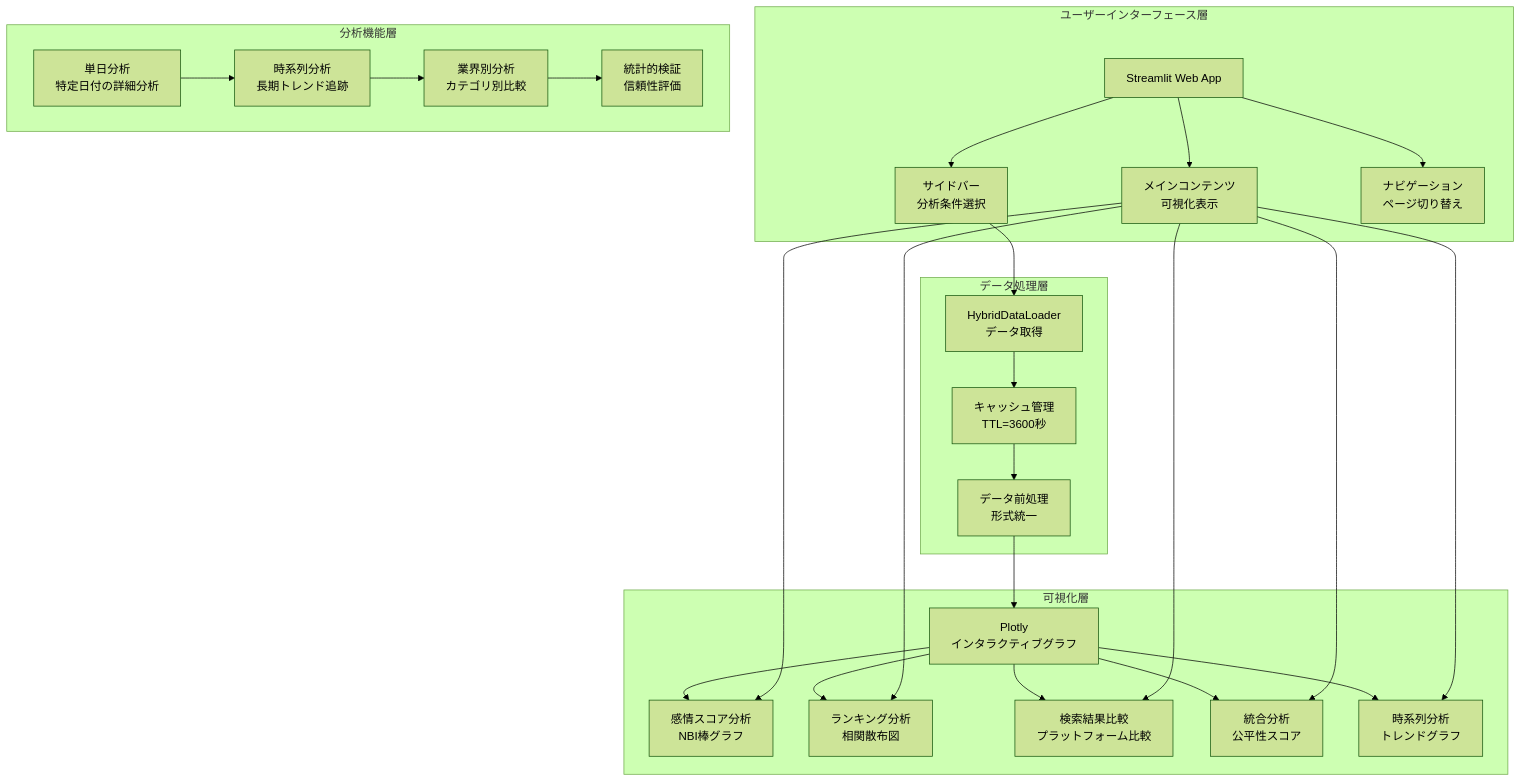
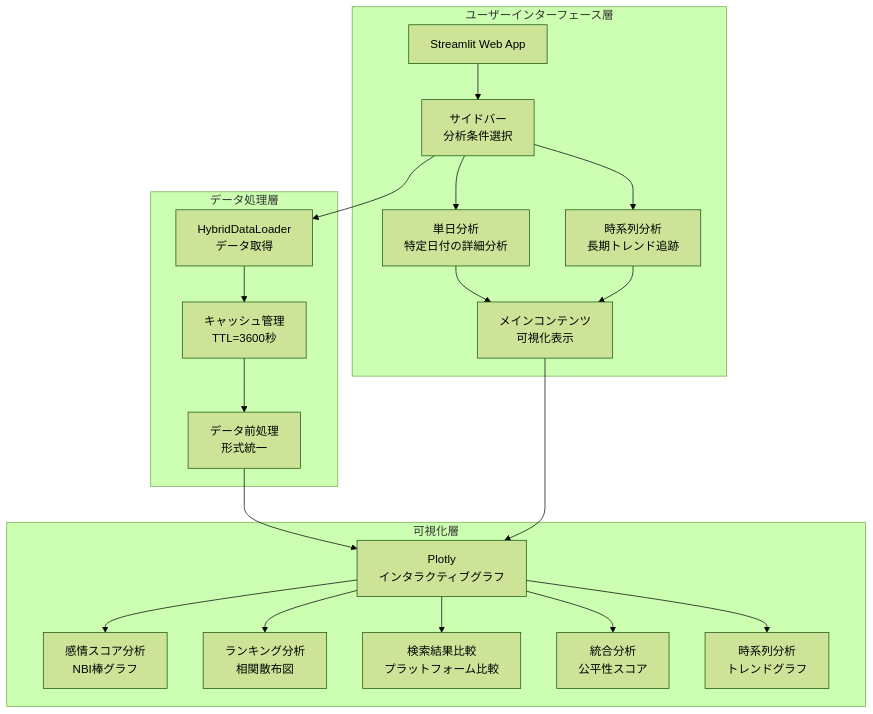
One commit to Naoya-Yasuda/corporate_bias_study changed the fourth of 5 diagrams in docs/cyber_university/システムアーキテクチャ図.md. Above: the diagram before and after it, drawn with Mermaid (forest theme). The commit also changed other lines of this file, not shown here.

Commit message:
ダッシュボードシステム構成図を更新し、分析機能の階層を整理しました。また、技術スタック構成図においてPythonのバージョンを3.12に変更し、可視化ライブラリをPlotlyに更新しました。これにより、システムの理解と技術的な整合性が向上することが期待されます。

````diff
--- a/docs/cyber_university/システムアーキテクチャ図.md
+++ b/docs/cyber_university/システムアーキテクチャ図.md
@@ -135,35 +135,29 @@
 ```mermaid
 graph TB
     subgraph "ユーザーインターフェース層"
         A[Streamlit Web App] --> B[サイドバー<br/>分析条件選択]
-        A --> C[メインコンテンツ<br/>可視化表示]
-        A --> D[ナビゲーション<br/>ページ切り替え]
+        C[メインコンテンツ<br/>可視化表示]
+
+        B --> N[単日分析<br/>特定日付の詳細分析]
+        B --> O[時系列分析<br/>長期トレンド追跡]
     end
 
     subgraph "データ処理層"
         E[HybridDataLoader<br/>データ取得] --> F[キャッシュ管理<br/>TTL=3600秒]
         F --> G[データ前処理<br/>形式統一]
     end
 
     subgraph "可視化層"
         H[Plotly<br/>インタラクティブグラフ] --> I[感情スコア分析<br/>NBI棒グラフ]
         H --> J[ランキング分析<br/>相関散布図]
         H --> K[検索結果比較<br/>プラットフォーム比較]
         H --> L[統合分析<br/>公平性スコア]
         H --> M[時系列分析<br/>トレンドグラフ]
     end
 
-    subgraph "分析機能層"
-        N[単日分析<br/>特定日付の詳細分析] --> O[時系列分析<br/>長期トレンド追跡]
-        O --> P[業界別分析<br/>カテゴリ別比較]
-        P --> Q[統計的検証<br/>信頼性評価]
-    end
-
     G --> H
     B --> E
-    C --> I
-    C --> J
-    C --> K
-    C --> L
-    C --> M
+    C --> H
+    N --> C
+    O --> C
 ```
````
